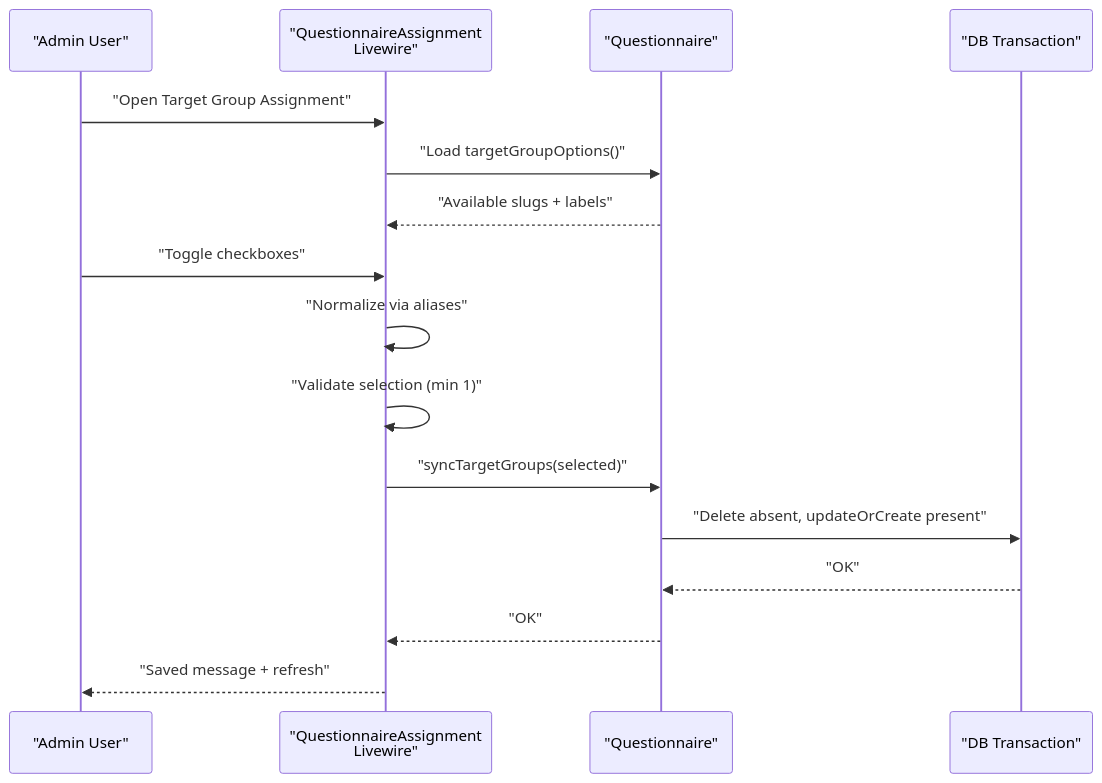
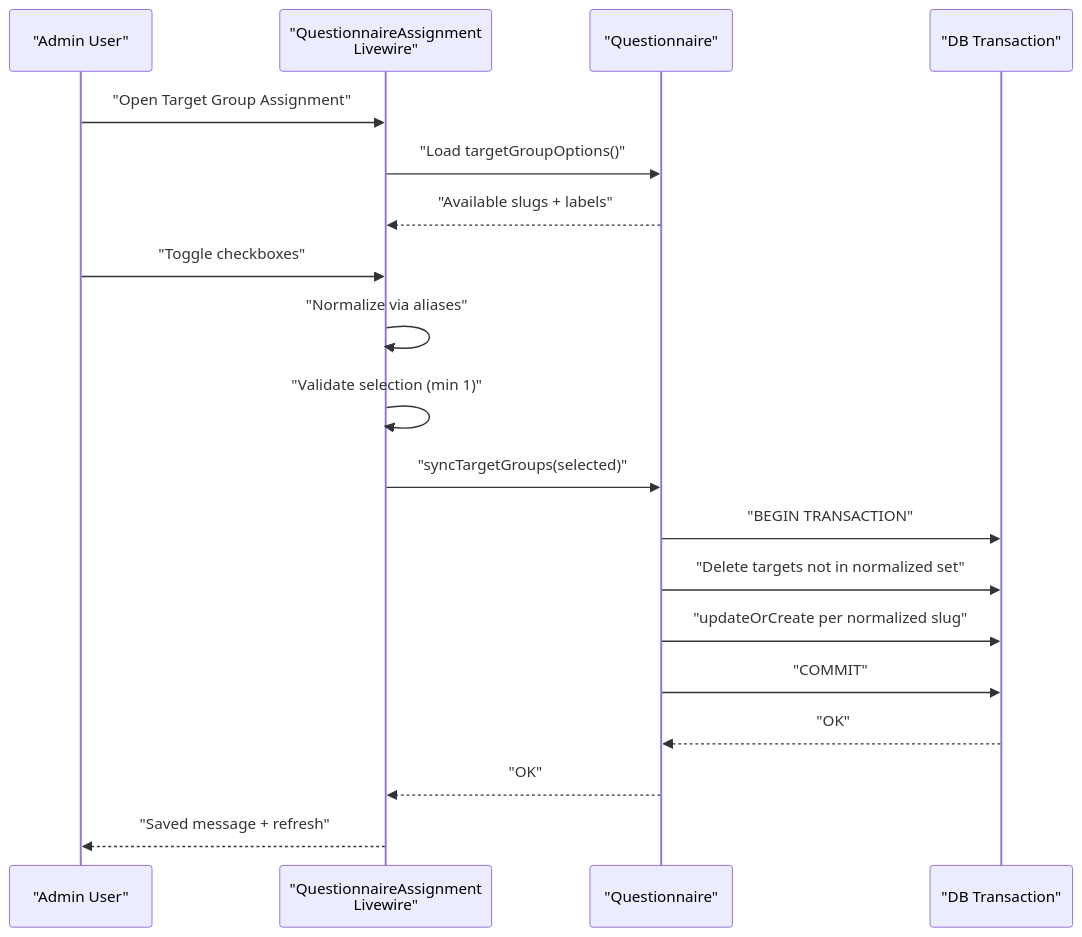
Before and after one commit to rudicatsmile/assesment360: the second of 6 diagrams in .qoder/repowiki/en/content/Core Features/Questionnaire Management/Target Group Assignment.md, drawn with Mermaid. The commit also changed other lines of this file and 6 other files, not shown here.

````diff
--- a/.qoder/repowiki/en/content/Core Features/Questionnaire Management/Target Group Assignment.md
+++ b/.qoder/repowiki/en/content/Core Features/Questionnaire Management/Target Group Assignment.md
@@ -124,18 +140,21 @@
 ```mermaid
 sequenceDiagram
 participant Admin as "Admin User"
 participant UI as "QuestionnaireAssignment<br/>Livewire"
 participant Model as "Questionnaire"
 participant DB as "DB Transaction"
 Admin->>UI : "Open Target Group Assignment"
 UI->>Model : "Load targetGroupOptions()"
 Model-->>UI : "Available slugs + labels"
 Admin->>UI : "Toggle checkboxes"
 UI->>UI : "Normalize via aliases"
 UI->>UI : "Validate selection (min 1)"
 UI->>Model : "syncTargetGroups(selected)"
-Model->>DB : "Delete absent, updateOrCreate present"
+Model->>DB : "BEGIN TRANSACTION"
+Model->>DB : "Delete targets not in normalized set"
+Model->>DB : "updateOrCreate per normalized slug"
+Model->>DB : "COMMIT"
 DB-->>Model : "OK"
 Model-->>UI : "OK"
 UI-->>Admin : "Saved message + refresh"
 ```
````
